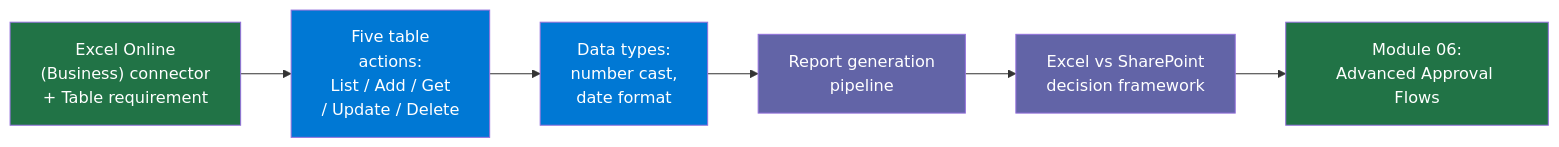
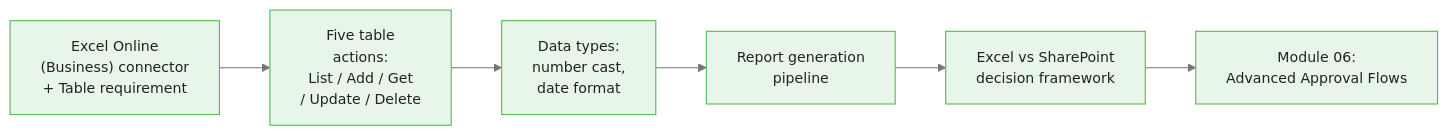
Before and after one commit to m-deane/course-creator: the seventh of 7 diagrams in courses/power-automate/modules/module_05_sharepoint_excel/guides/02_excel_integration_slides.md, drawn with Mermaid. The commit also changed other lines of this file and 72 other files, not shown here.

````diff
--- a/courses/power-automate/modules/module_05_sharepoint_excel/guides/02_excel_integration_slides.md
+++ b/courses/power-automate/modules/module_05_sharepoint_excel/guides/02_excel_integration_slides.md
@@ -246,14 +270,9 @@
 ```mermaid
+%%{init: {"theme": "base", "themeVariables": {"primaryColor": "#e8f5e9", "primaryBorderColor": "#4caf50", "primaryTextColor": "#212121", "secondaryColor": "#e3f2fd", "tertiaryColor": "#fff8e1", "lineColor": "#757575", "fontFamily": "Inter, sans-serif", "fontSize": "14px"}}}%%
 graph LR
     A["Excel Online\n(Business) connector\n+ Table requirement"] --> B["Five table\nactions:\nList / Add / Get\n/ Update / Delete"]
     B --> C["Data types:\nnumber cast,\ndate format"]
     C --> D["Report generation\npipeline"]
     D --> E["Excel vs SharePoint\ndecision framework"]
     E --> F["Module 06:\nAdvanced Approval Flows"]
-    style A fill:#217346,color:#fff
-    style B fill:#0078D4,color:#fff
-    style C fill:#0078D4,color:#fff
-    style D fill:#6264A7,color:#fff
-    style E fill:#6264A7,color:#fff
-    style F fill:#217346,color:#fff
 ```
````
